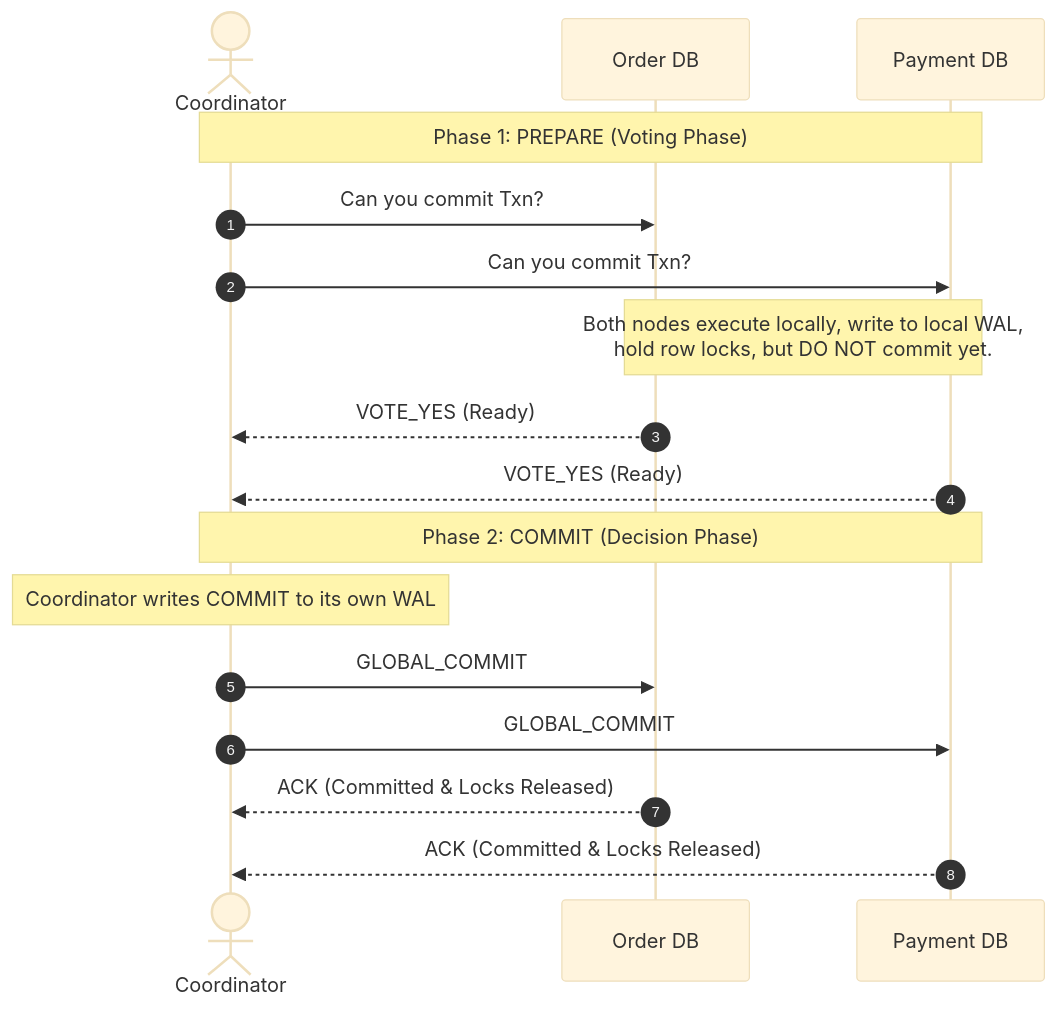
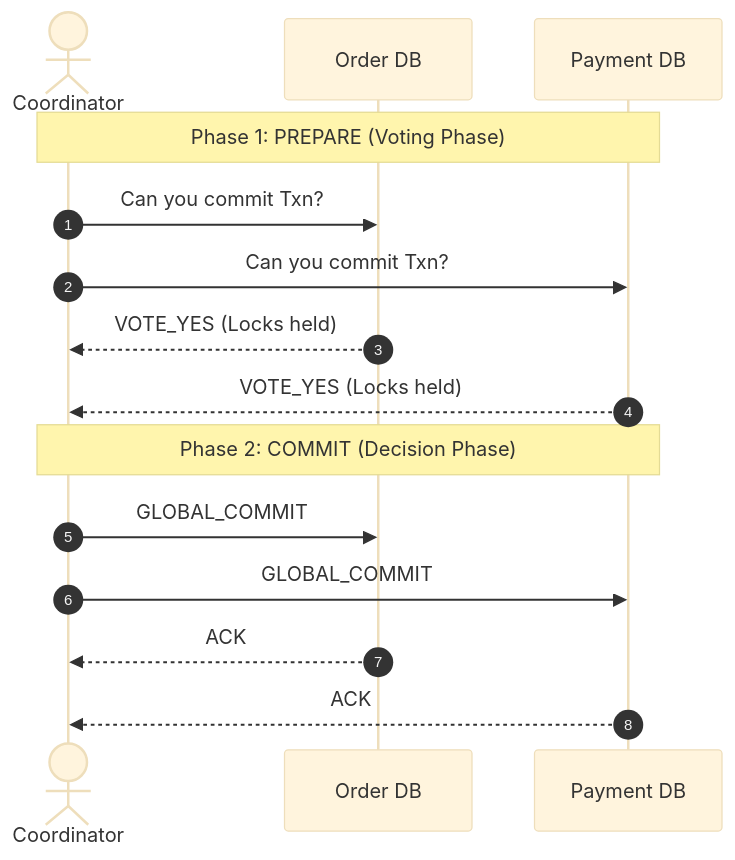
Before and after one commit to rohithgowda18/Notes: the eighth of 9 diagrams in 02-DBMS/DBMS-Advanced-Concepts.md, drawn with Mermaid (base theme). The commit also changed other lines of this file and 15 other files, not shown here.

Commit message:
docs: audit Mermaid diagrams, optimize side-by-side layouts, and deduplicate DBMS advanced notes

````diff
--- a/02-DBMS/DBMS-Advanced-Concepts.md
+++ b/02-DBMS/DBMS-Advanced-Concepts.md
@@ -904,21 +375,19 @@
 ```mermaid
 sequenceDiagram
     autonumber
     actor C as Coordinator
     participant O as Order DB
     participant P as Payment DB
 
     Note over C, P: Phase 1: PREPARE (Voting Phase)
     C->>O: Can you commit Txn?
     C->>P: Can you commit Txn?
-    Note over O, P: Both nodes execute locally, write to local WAL,<br/>hold row locks, but DO NOT commit yet.
-    O-->>C: VOTE_YES (Ready)
-    P-->>C: VOTE_YES (Ready)
+    O-->>C: VOTE_YES (Locks held)
+    P-->>C: VOTE_YES (Locks held)
 
     Note over C, P: Phase 2: COMMIT (Decision Phase)
-    Note over C: Coordinator writes COMMIT to its own WAL
     C->>O: GLOBAL_COMMIT
     C->>P: GLOBAL_COMMIT
-    O-->>C: ACK (Committed & Locks Released)
-    P-->>C: ACK (Committed & Locks Released)
+    O-->>C: ACK
+    P-->>C: ACK
 ```
````
